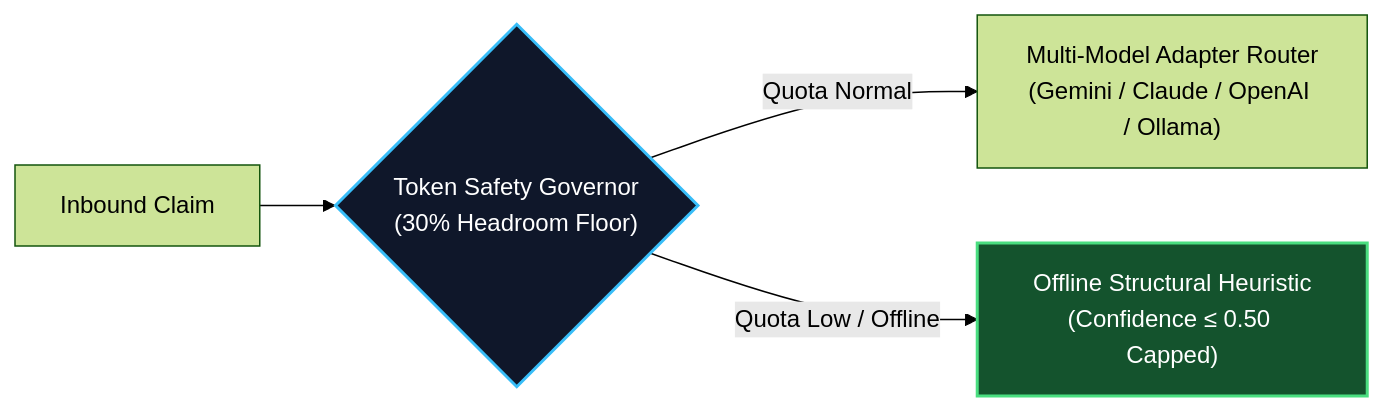
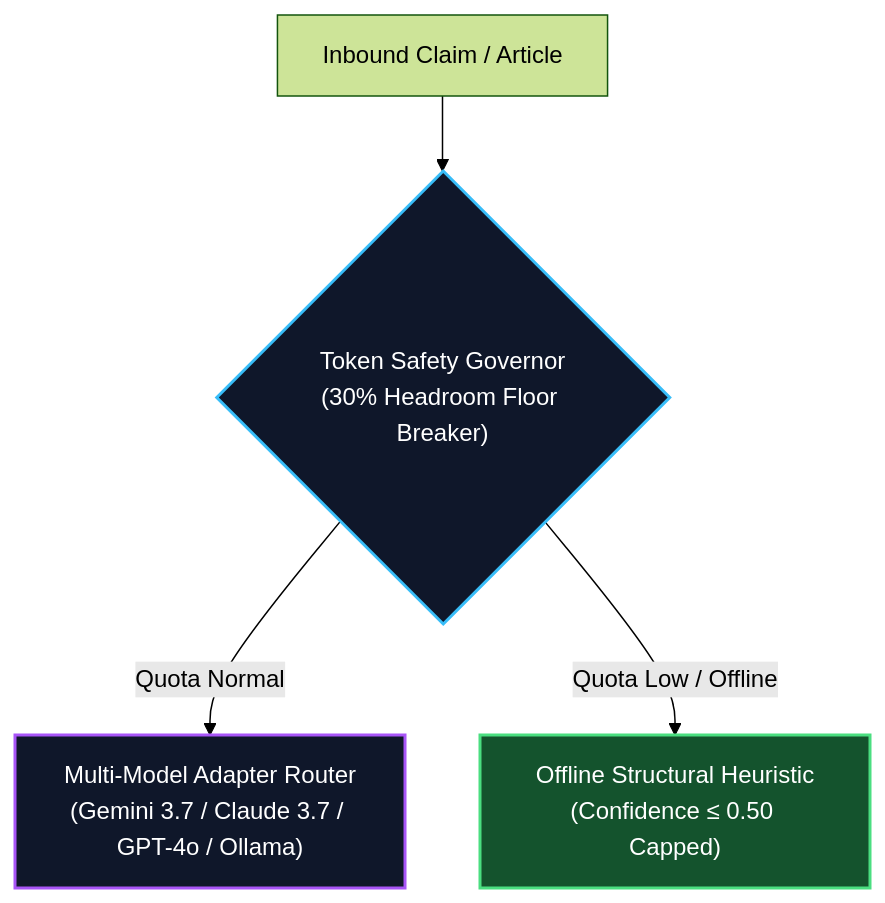
The second of 2 diagrams in blog/finops-as-epistemology.md (artibyrd/credence-docs), drawn with Mermaid (forest theme) before and after one commit. The commit also changed other lines of this file and 10 other files, not shown here.

Commit message:
feat(ui): add interactive diagram pan-zoom controls, fullscreen lightbox, and optimize typography

````diff
--- a/blog/finops-as-epistemology.md
+++ b/blog/finops-as-epistemology.md
@@ -76,9 +83,11 @@
 ```mermaid
-flowchart LR
-    Ingest["Inbound Claim"] --> Gov{"Token Safety Governor<br/>(30% Headroom Floor)"}
-    Gov -->|Quota Normal| AdapterRouter["Multi-Model Adapter Router<br/>(Gemini / Claude / OpenAI / Ollama)"]
+flowchart TD
+    Ingest["Inbound Claim / Article"] 
+    --> Gov{"Token Safety Governor<br/>(30% Headroom Floor Breaker)"}
+    Gov -->|Quota Normal| AdapterRouter["Multi-Model Adapter Router<br/>(Gemini 3.7 / Claude 3.7 / GPT-4o / Ollama)"]
     Gov -->|Quota Low / Offline| Fallback["Offline Structural Heuristic<br/>(Confidence &le; 0.50 Capped)"]
     
     style Gov fill:#0f172a,stroke:#38bdf8,stroke-width:2px,color:#fff
     style Fallback fill:#14532d,stroke:#4ade80,stroke-width:2px,color:#fff
+    style AdapterRouter fill:#0f172a,stroke:#a855f7,stroke-width:2px,color:#fff
 ```
````
